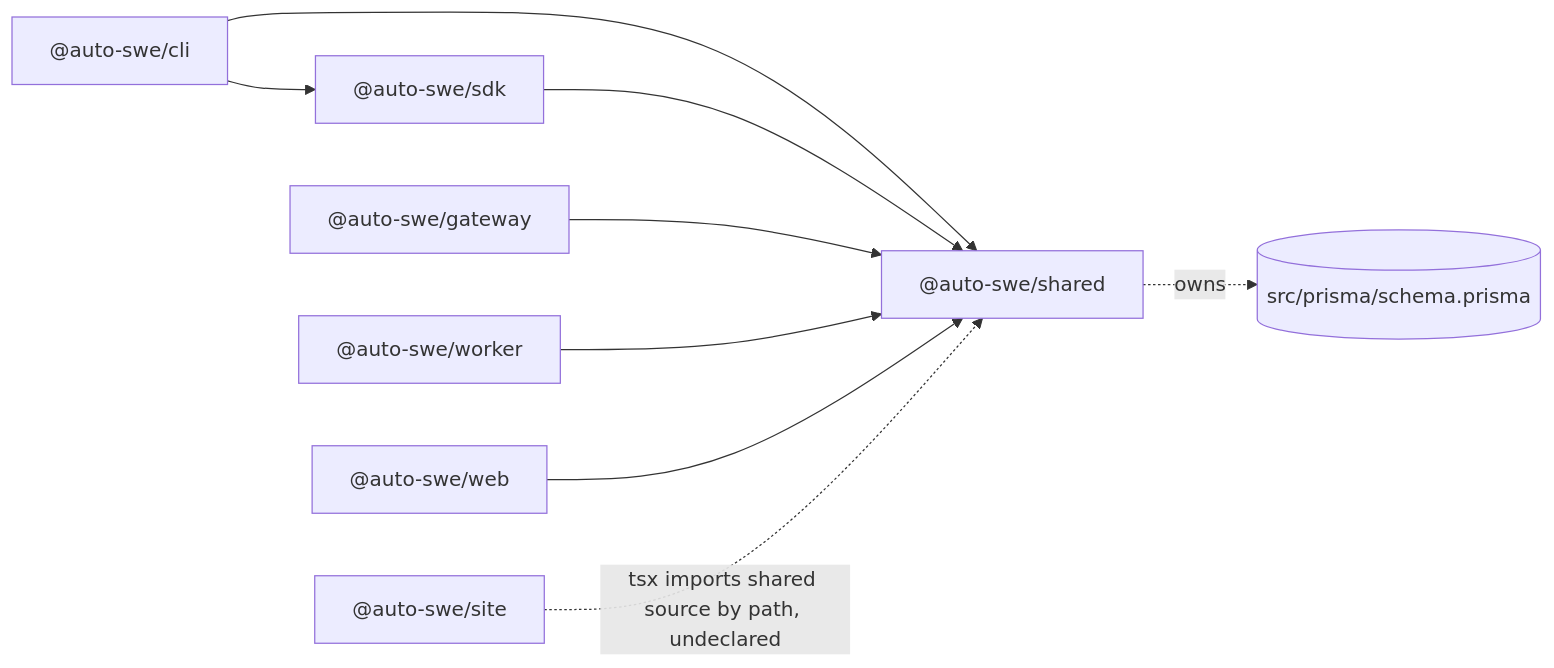
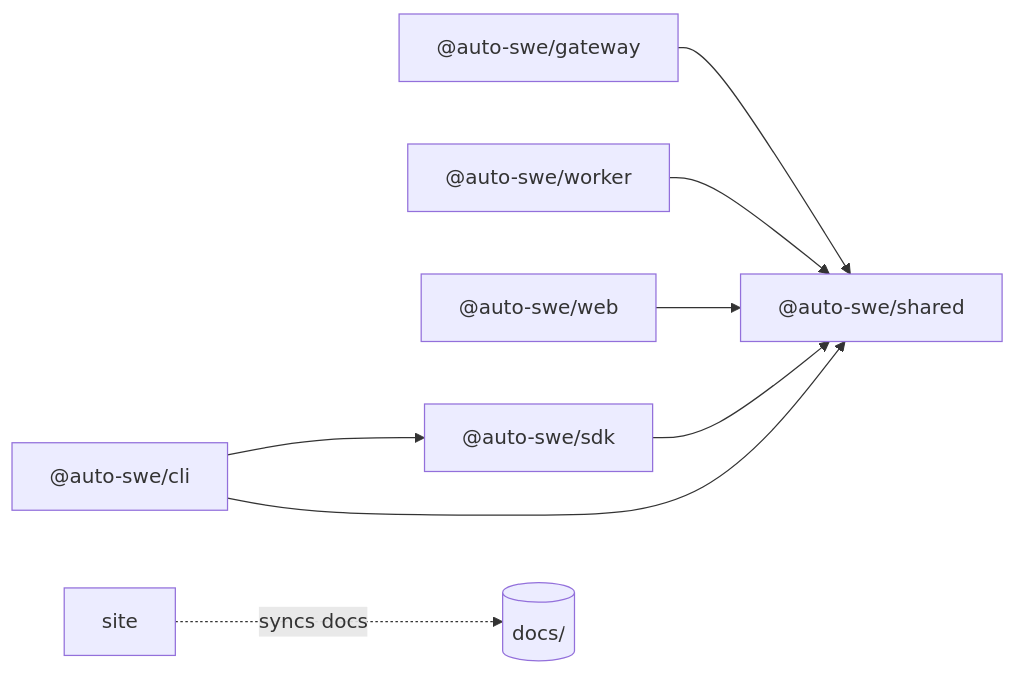
Before and after one commit to yorch/auto-swe: the first of 2 diagrams in wiki/1-repository-structure.md, drawn with Mermaid. The commit also changed other lines of this file and 30 other files, not shown here.

````diff
--- a/wiki/1-repository-structure.md
+++ b/wiki/1-repository-structure.md
@@ -59,12 +41,18 @@
 ```mermaid
 flowchart LR
-    cli["@auto-swe/cli"] --> sdk["@auto-swe/sdk"]
-    cli --> shared["@auto-swe/shared"]
+    shared["@auto-swe/shared"]
+    gateway["@auto-swe/gateway"]
+    worker["@auto-swe/worker"]
+    web["@auto-swe/web"]
+    sdk["@auto-swe/sdk"]
+    cli["@auto-swe/cli"]
+    site["site"]
+
+    gateway --> shared
+    worker --> shared
+    web --> shared
     sdk --> shared
-    gateway["@auto-swe/gateway"] --> shared
-    worker["@auto-swe/worker"] --> shared
-    web["@auto-swe/web"] --> shared
-    site["@auto-swe/site"] -. "tsx imports shared source by path, undeclared" .-> shared
-
-    shared -.owns.-> schema[("src/prisma/schema.prisma")]
+    cli --> sdk
+    cli --> shared
+    site -.syncs docs.-> docs[(docs/)]
 ```
````
